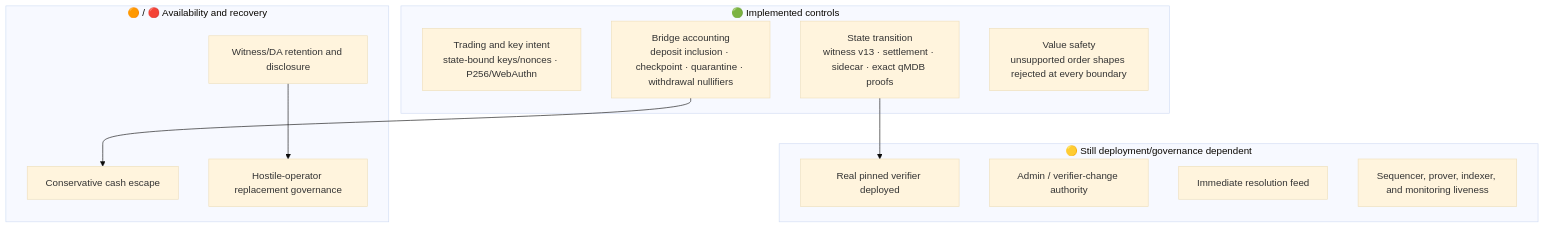
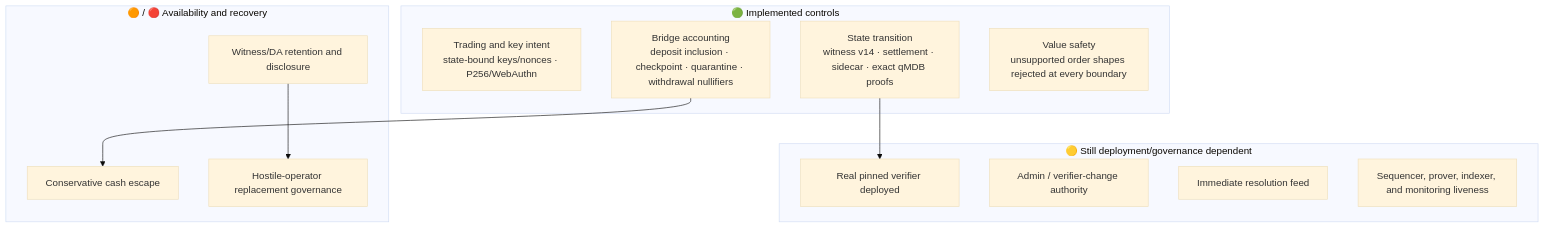
Before and after one commit to MetaB0y/sybil: the diagram in docs/architecture/04-verification/Threat Model.md, drawn with Mermaid (base theme). The commit also changed other lines of this file and 73 other files, not shown here.

````diff
--- a/docs/architecture/04-verification/Threat Model.md
+++ b/docs/architecture/04-verification/Threat Model.md
@@ -23,23 +23,23 @@
 ```mermaid
 flowchart TB
     subgraph crypto["🟢 Implemented controls"]
         INTENT["Trading and key intent<br/>state-bound keys/nonces · P256/WebAuthn"]
-        TRANS["State transition<br/>witness v13 · settlement · sidecar · exact qMDB proofs"]
+        TRANS["State transition<br/>witness v14 · settlement · sidecar · exact qMDB proofs"]
         BRIDGE["Bridge accounting<br/>deposit inclusion · checkpoint · quarantine · withdrawal nullifiers"]
         SHAPES["Value safety<br/>unsupported order shapes rejected at every boundary"]
     end
     subgraph trusted["🟡 Still deployment/governance dependent"]
         ADAPTER["Real pinned verifier deployed"]
         ADMIN["Admin / verifier-change authority"]
         ORACLE["Immediate resolution feed"]
         LIVE["Sequencer, prover, indexer, and monitoring liveness"]
     end
     subgraph recovery["🟠 / 🔴 Availability and recovery"]
         DA["Witness/DA retention and disclosure"]
         ESC["Conservative cash escape"]
         REPLACE["Hostile-operator replacement governance"]
     end
     TRANS --> ADAPTER
     DA --> REPLACE
     BRIDGE --> ESC
 ```
````
